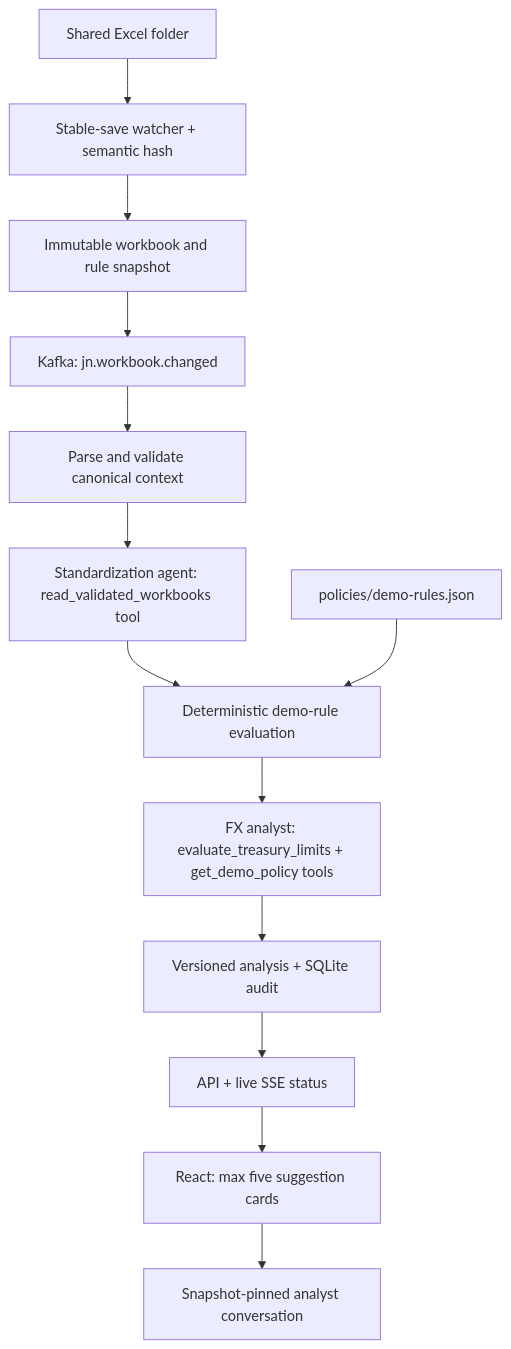
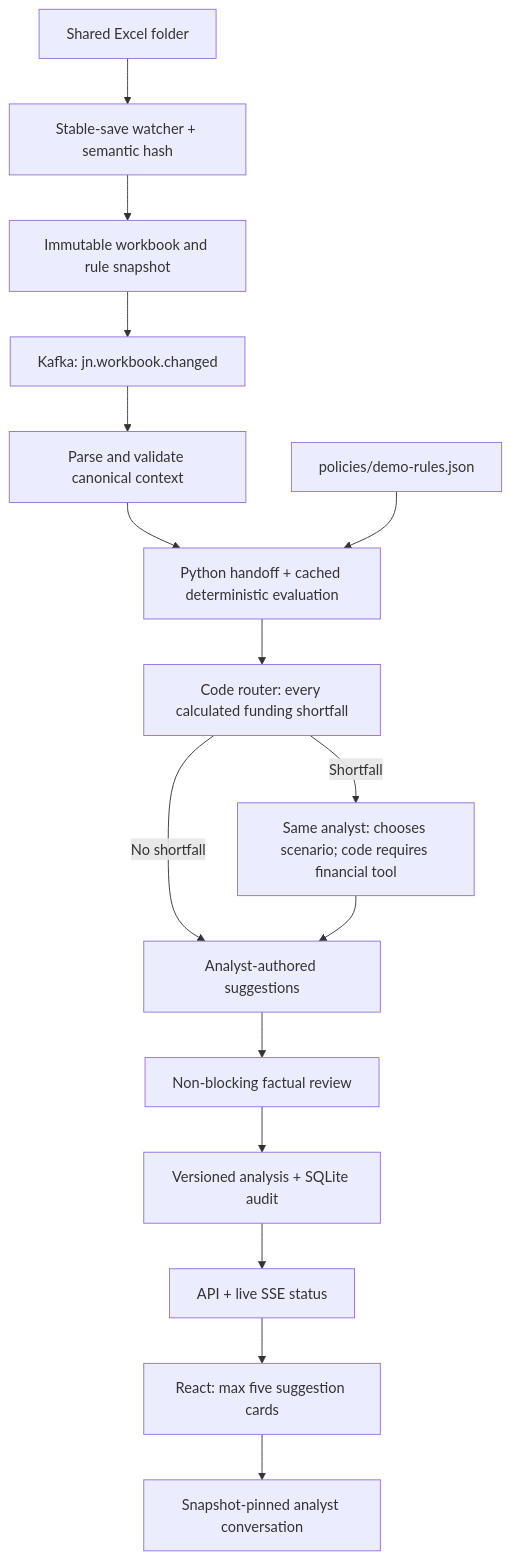
One commit to JomoGeorgeSmith/fxtrader changed the diagram in README.md. Above: the diagram before and after it, drawn with Mermaid. The commit also changed other lines of this file and 15 other files, not shown here.

````diff
--- a/README.md
+++ b/README.md
@@ -60,15 +62,18 @@
 ```mermaid
 flowchart TD
   Excel[Shared Excel folder] --> Watch[Stable-save watcher + semantic hash]
   Watch --> Snap[Immutable workbook and rule snapshot]
   Snap --> Kafka[Kafka: jn.workbook.changed]
   Kafka --> Validate[Parse and validate canonical context]
-  Validate --> Standardizer[Standardization agent: read_validated_workbooks tool]
-  Standardizer --> Engine[Deterministic demo-rule evaluation]
+   Validate --> Engine[Python handoff + cached deterministic evaluation]
   Rules[policies/demo-rules.json] --> Engine
-  Engine --> Analyst[FX analyst: evaluate_treasury_limits + get_demo_policy tools]
-  Analyst --> Store[Versioned analysis + SQLite audit]
+    Engine --> Router[Code router: every calculated funding shortfall]
+   Router -->|Shortfall| Assess[Same analyst: chooses scenario; code requires financial tool]
+   Router -->|No shortfall| Writer[Analyst-authored suggestions]
+   Assess --> Writer
+   Writer --> Review[Non-blocking factual review]
+   Review --> Store[Versioned analysis + SQLite audit]
   Store --> SSE[API + live SSE status]
   SSE --> React[React: max five suggestion cards]
   React --> Chat[Snapshot-pinned analyst conversation]
 ```
````
